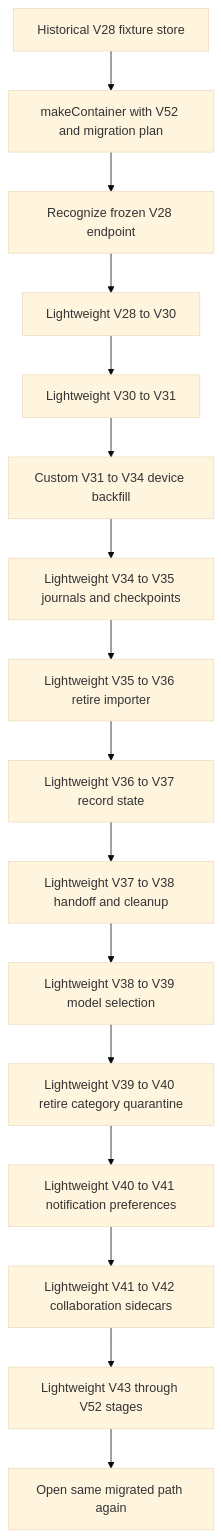
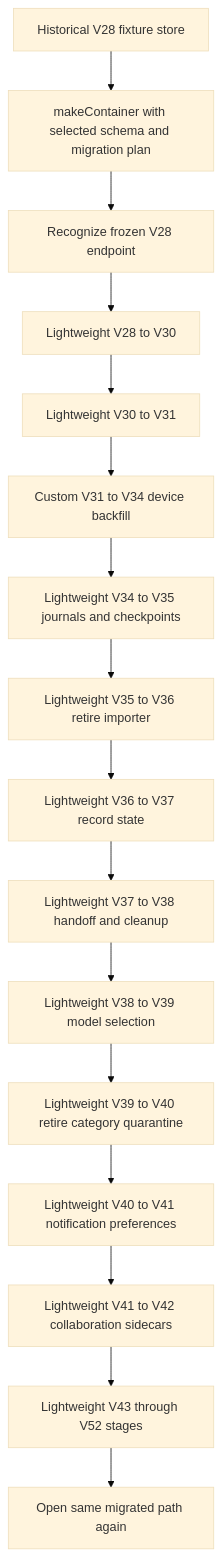
The third of 5 diagrams in openwiki/concepts/persistence-and-secrets.md (AkinoKaede/Termind), drawn with Mermaid (base theme) before and after one commit. The commit also changed other lines of this file and 57 other files, not shown here.

````diff
--- a/openwiki/concepts/persistence-and-secrets.md
+++ b/openwiki/concepts/persistence-and-secrets.md
@@ -253,18 +253,18 @@
 ```mermaid
 flowchart TD
-    Fixture["Historical V28 fixture store"] --> Factory["makeContainer with V52 and migration plan"]
+    Fixture["Historical V28 fixture store"] --> Factory["makeContainer with selected schema and migration plan"]
     Factory --> V28["Recognize frozen V28 endpoint"]
     V28 --> V30["Lightweight V28 to V30"]
     V30 --> V31["Lightweight V30 to V31"]
     V31 --> V34["Custom V31 to V34 device backfill"]
     V34 --> V35["Lightweight V34 to V35 journals and checkpoints"]
     V35 --> V36["Lightweight V35 to V36 retire importer"]
     V36 --> V37["Lightweight V36 to V37 record state"]
     V37 --> V38["Lightweight V37 to V38 handoff and cleanup"]
     V38 --> V39["Lightweight V38 to V39 model selection"]
     V39 --> V40["Lightweight V39 to V40 retire category quarantine"]
     V40 --> V41["Lightweight V40 to V41 notification preferences"]
     V41 --> V42["Lightweight V41 to V42 collaboration sidecars"]
     V42 --> V46["Lightweight V43 through V52 stages"]
     V46 --> Reopen["Open same migrated path again"]
 ```
````
